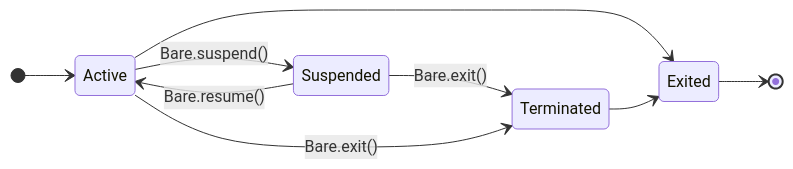
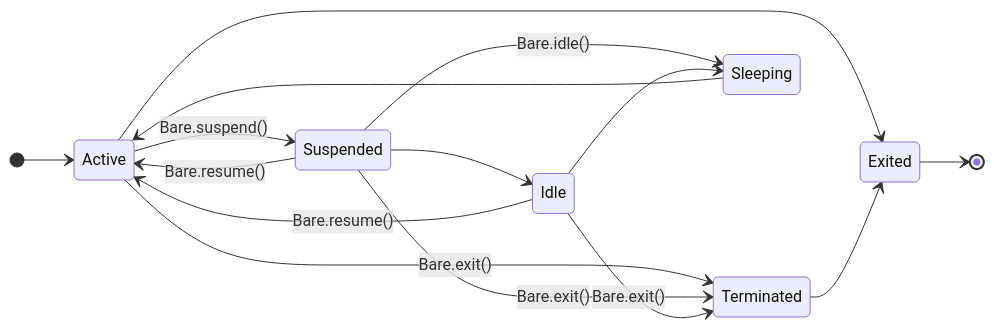
Before and after one commit to holepunchto/bare: the diagram in README.md, drawn with Mermaid. The commit also changed other lines of this file and 7 other files, not shown here.

Commit message:
Add `Bare.idle()` (#65)

````diff
--- a/README.md
+++ b/README.md
@@ -144,12 +148,18 @@
 ```mermaid
 stateDiagram
   direction LR
   [*] --> Active
   Active --> Suspended: Bare.suspend()
+  Active --> Terminated: Bare.exit()
   Active --> Exited
   Suspended --> Active: Bare.resume()
+  Suspended --> Sleeping: Bare.idle()
   Suspended --> Terminated: Bare.exit()
-  Active --> Terminated: Bare.exit()
+  Suspended --> Idle
+  Idle --> Active: Bare.resume()
+  Idle --> Terminated: Bare.exit()
+  Idle --> Sleeping
+  Sleeping --> Active
   Terminated --> Exited
   Exited --> [*]
 ```
````
